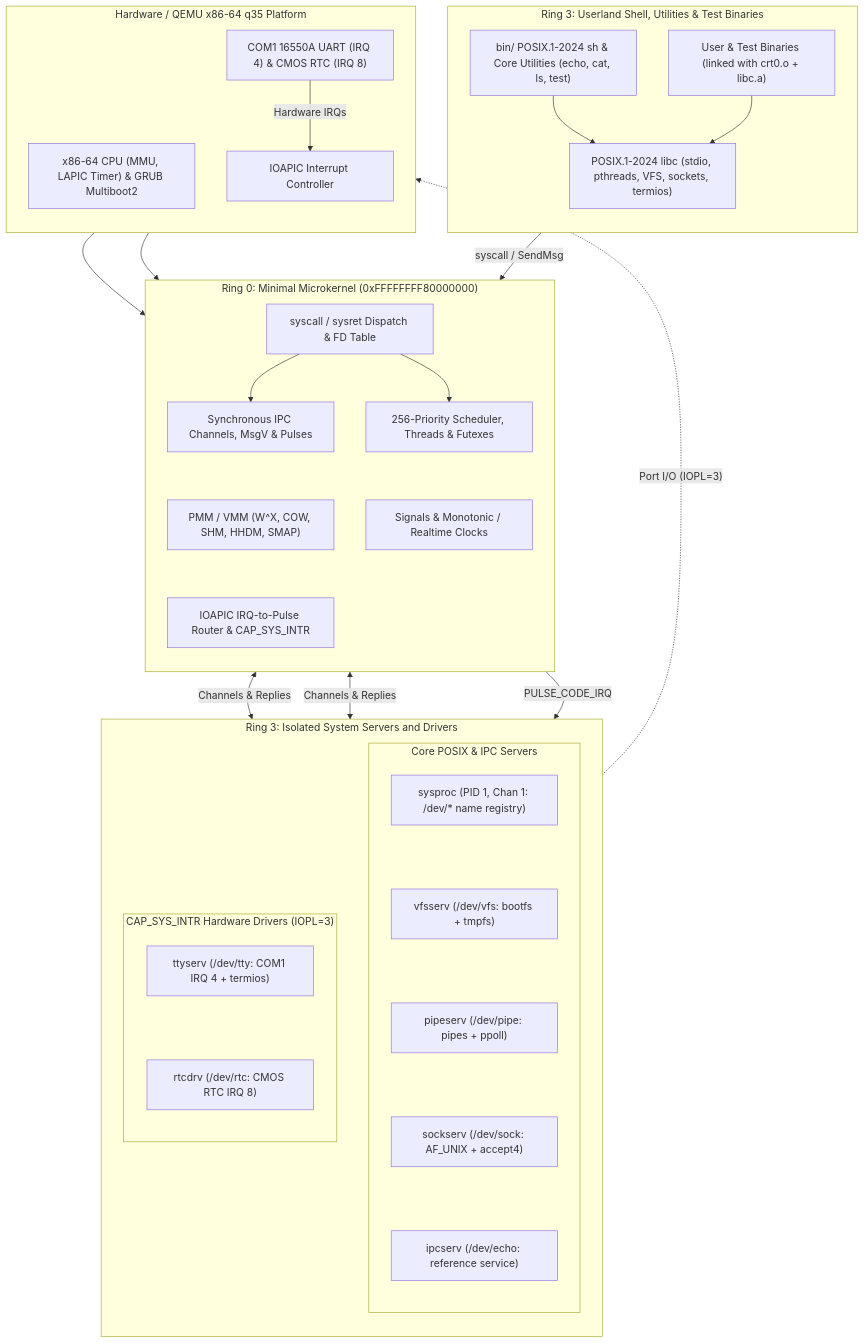
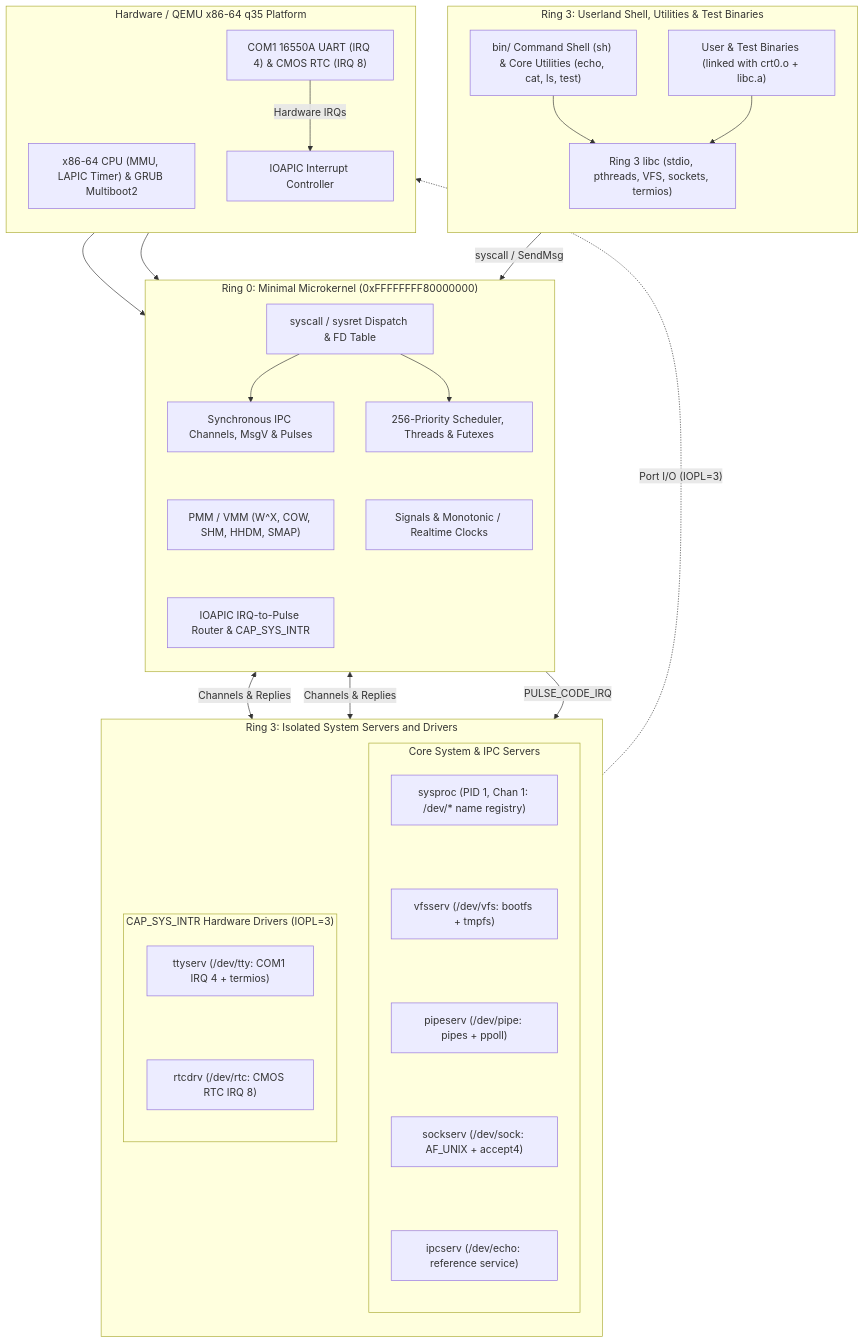
Before and after one commit to Deniz-Eren/microkernel: the diagram in docs/00-overview/context.md, drawn with Mermaid. The commit also changed other lines of this file and 34 other files, not shown here.

````diff
--- a/docs/00-overview/context.md
+++ b/docs/00-overview/context.md
@@ -24,64 +25,64 @@
 ```mermaid
 flowchart TD
     subgraph RING3_APP["Ring 3: Userland Shell, Utilities & Test Binaries"]
         direction TB
-        SH["bin/ POSIX.1-2024 sh & Core Utilities (echo, cat, ls, test)"]
+        SH["bin/ Command Shell (sh) & Core Utilities (echo, cat, ls, test)"]
         APPS["User & Test Binaries (linked with crt0.o + libc.a)"]
-        LIBC["POSIX.1-2024 libc (stdio, pthreads, VFS, sockets, termios)"]
+        LIBC["Ring 3 libc (stdio, pthreads, VFS, sockets, termios)"]
         SH --> LIBC
         APPS --> LIBC
     end
 
     subgraph RING3_SRV["Ring 3: Isolated System Servers and Drivers"]
         direction TB
-        subgraph CORE_SRV["Core POSIX & IPC Servers"]
+        subgraph CORE_SRV["Core System & IPC Servers"]
             direction TB
             SYSPROC["sysproc (PID 1, Chan 1: /dev/* name registry)"]
             VFS["vfsserv (/dev/vfs: bootfs + tmpfs)"]
             PIPE["pipeserv (/dev/pipe: pipes + ppoll)"]
             SOCK["sockserv (/dev/sock: AF_UNIX + accept4)"]
             ECHO["ipcserv (/dev/echo: reference service)"]
             SYSPROC ~~~ VFS
             VFS ~~~ PIPE
             PIPE ~~~ SOCK
             SOCK ~~~ ECHO
         end
         subgraph DRV_SRV["CAP_SYS_INTR Hardware Drivers (IOPL=3)"]
             direction TB
             TTY["ttyserv (/dev/tty: COM1 IRQ 4 + termios)"]
             RTC["rtcdrv (/dev/rtc: CMOS RTC IRQ 8)"]
             TTY ~~~ RTC
         end
     end
 
     subgraph RING0["Ring 0: Minimal Microkernel (0xFFFFFFFF80000000)"]
         direction TB
         SYSCALL["syscall / sysret Dispatch & FD Table"]
         IPC["Synchronous IPC Channels, MsgV & Pulses"]
         SCHED["256-Priority Scheduler, Threads & Futexes"]
         MM["PMM / VMM (W^X, COW, SHM, HHDM, SMAP)"]
         SIGTIME["Signals & Monotonic / Realtime Clocks"]
         IRQ["IOAPIC IRQ-to-Pulse Router & CAP_SYS_INTR"]
         SYSCALL --> IPC
         SYSCALL --> SCHED
         IPC ~~~ MM
         SCHED ~~~ SIGTIME
         MM ~~~ IRQ
     end
 
     subgraph HW["Hardware / QEMU x86-64 q35 Platform"]
         direction TB
         CPU["x86-64 CPU (MMU, LAPIC Timer) & GRUB Multiboot2"]
         IOAPIC["IOAPIC Interrupt Controller"]
         DEV["COM1 16550A UART (IRQ 4) & CMOS RTC (IRQ 8)"]
         DEV -->|"Hardware IRQs"| IOAPIC
     end
 
     LIBC -->|"syscall / SendMsg"| SYSCALL
     IPC <-->|"Channels & Replies"| CORE_SRV
     IPC <-->|"Channels & Replies"| DRV_SRV
     IOAPIC --> IRQ
     IRQ -->|"PULSE_CODE_IRQ"| DRV_SRV
     DRV_SRV -.->|"Port I/O (IOPL=3)"| DEV
     CPU --> SCHED
 ```
````
